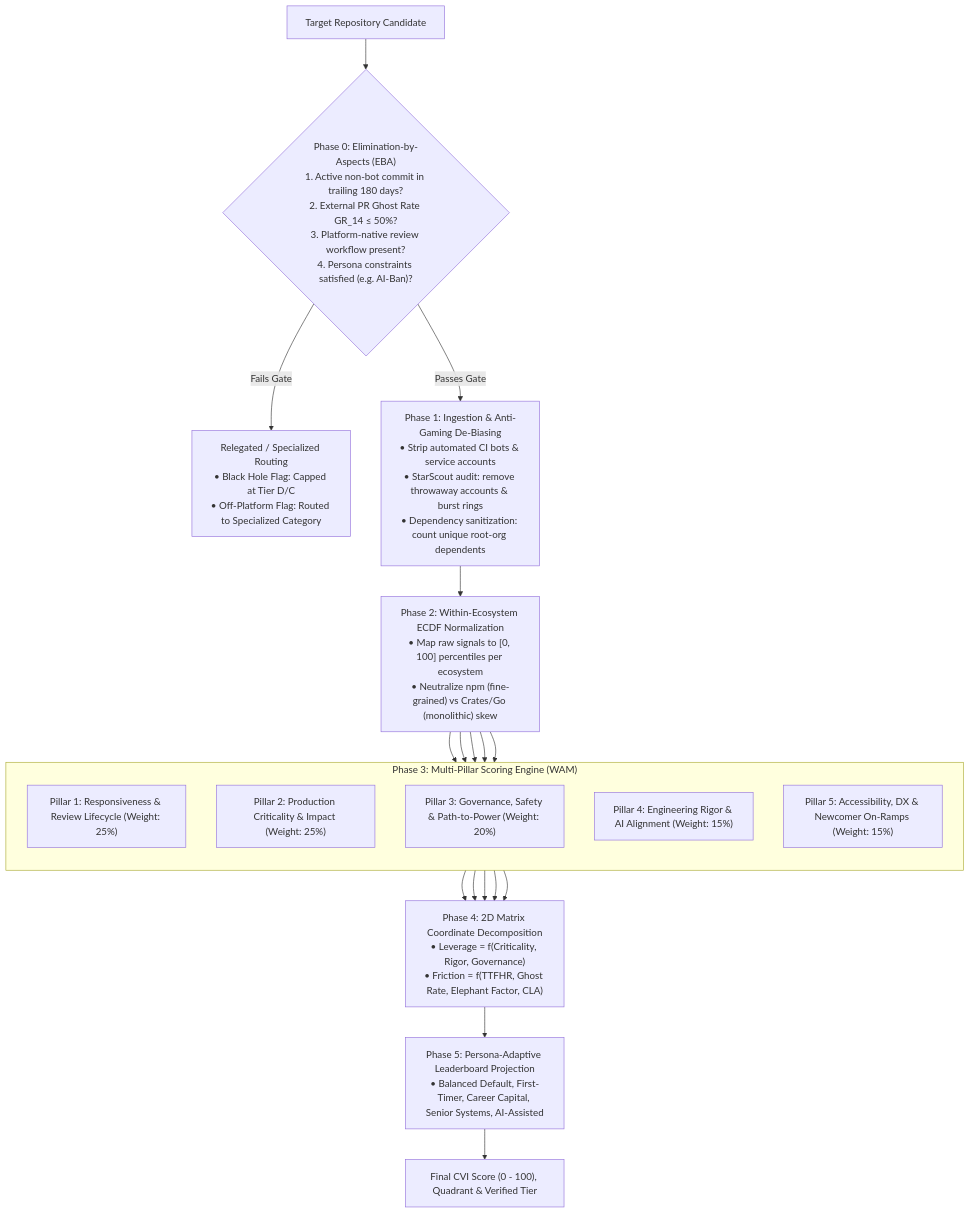
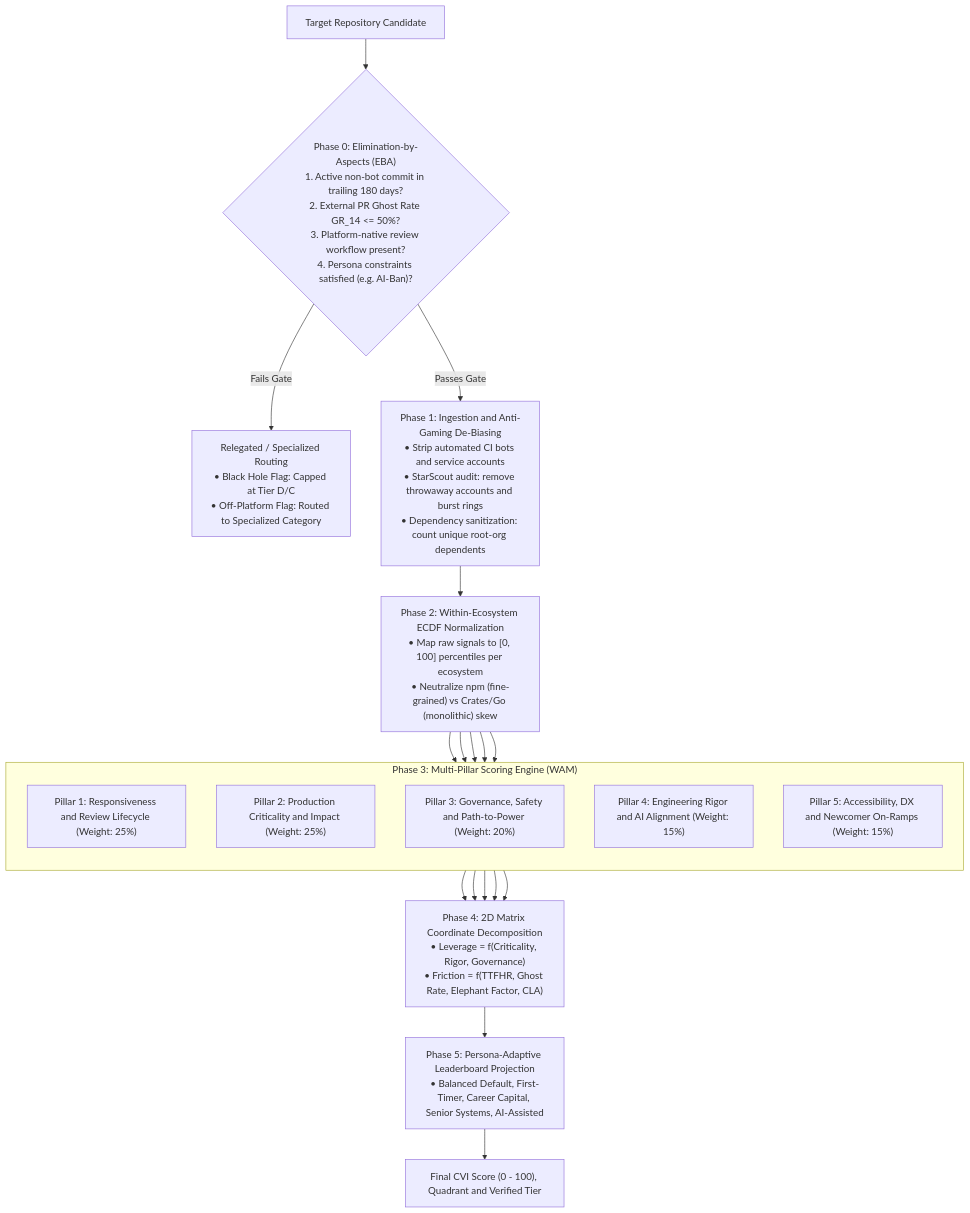
The second of 2 diagrams in README.md (pctablet505/porchlamp-engine), drawn with Mermaid before and after one commit. The commit also changed other lines of this file and 3 other files, not shown here.

Commit message:
docs: resolve all GFM, KaTeX, and Mermaid rendering issues across architecture and UI specs

````diff
--- a/README.md
+++ b/README.md
@@ -67,35 +74,35 @@
 ```mermaid
 flowchart TB
-    Input["Target Repository Candidate"] --> Phase0{"Phase 0: Elimination-by-Aspects (EBA)<br/>1. Active non-bot commit in trailing 180 days?<br/>2. External PR Ghost Rate GR_14 &le; 50%?<br/>3. Platform-native review workflow present?<br/>4. Persona constraints satisfied (e.g. AI-Ban)?"}
+    Input["Target Repository Candidate"] --> Phase0{"Phase 0: Elimination-by-Aspects (EBA)<br/>1. Active non-bot commit in trailing 180 days?<br/>2. External PR Ghost Rate GR_14 <= 50%?<br/>3. Platform-native review workflow present?<br/>4. Persona constraints satisfied (e.g. AI-Ban)?"}
     
-    Phase0 -- "Fails Gate" --> Relegated["Relegated / Specialized Routing<br/>&bull; Black Hole Flag: Capped at Tier D/C<br/>&bull; Off-Platform Flag: Routed to Specialized Category"]
+    Phase0 -- "Fails Gate" --> Relegated["Relegated / Specialized Routing<br/>• Black Hole Flag: Capped at Tier D/C<br/>• Off-Platform Flag: Routed to Specialized Category"]
     
-    Phase0 -- "Passes Gate" --> Phase1["Phase 1: Ingestion & Anti-Gaming De-Biasing<br/>&bull; Strip automated CI bots & service accounts<br/>&bull; StarScout audit: remove throwaway accounts & burst rings<br/>&bull; Dependency sanitization: count unique root-org dependents"]
+    Phase0 -- "Passes Gate" --> Phase1["Phase 1: Ingestion and Anti-Gaming De-Biasing<br/>• Strip automated CI bots and service accounts<br/>• StarScout audit: remove throwaway accounts and burst rings<br/>• Dependency sanitization: count unique root-org dependents"]
 
-    Phase1 --> Phase2["Phase 2: Within-Ecosystem ECDF Normalization<br/>&bull; Map raw signals to [0, 100] percentiles per ecosystem<br/>&bull; Neutralize npm (fine-grained) vs Crates/Go (monolithic) skew"]
+    Phase1 --> Phase2["Phase 2: Within-Ecosystem ECDF Normalization<br/>• Map raw signals to [0, 100] percentiles per ecosystem<br/>• Neutralize npm (fine-grained) vs Crates/Go (monolithic) skew"]
 
     Phase2 --> P1
     Phase2 --> P2
     Phase2 --> P3
     Phase2 --> P4
     Phase2 --> P5
 
     subgraph Phase3 ["Phase 3: Multi-Pillar Scoring Engine (WAM)"]
         direction TB
-        P1["Pillar 1: Responsiveness & Review Lifecycle (Weight: 25%)"]
-        P2["Pillar 2: Production Criticality & Impact (Weight: 25%)"]
-        P3["Pillar 3: Governance, Safety & Path-to-Power (Weight: 20%)"]
-        P4["Pillar 4: Engineering Rigor & AI Alignment (Weight: 15%)"]
-        P5["Pillar 5: Accessibility, DX & Newcomer On-Ramps (Weight: 15%)"]
+        P1["Pillar 1: Responsiveness and Review Lifecycle (Weight: 25%)"]
+        P2["Pillar 2: Production Criticality and Impact (Weight: 25%)"]
+        P3["Pillar 3: Governance, Safety and Path-to-Power (Weight: 20%)"]
+        P4["Pillar 4: Engineering Rigor and AI Alignment (Weight: 15%)"]
+        P5["Pillar 5: Accessibility, DX and Newcomer On-Ramps (Weight: 15%)"]
     end
 
-    P1 --> Phase4["Phase 4: 2D Matrix Coordinate Decomposition<br/>&bull; Leverage = f(Criticality, Rigor, Governance)<br/>&bull; Friction = f(TTFHR, Ghost Rate, Elephant Factor, CLA)"]
+    P1 --> Phase4["Phase 4: 2D Matrix Coordinate Decomposition<br/>• Leverage = f(Criticality, Rigor, Governance)<br/>• Friction = f(TTFHR, Ghost Rate, Elephant Factor, CLA)"]
     P2 --> Phase4
     P3 --> Phase4
     P4 --> Phase4
     P5 --> Phase4
 
-    Phase4 --> Phase5["Phase 5: Persona-Adaptive Leaderboard Projection<br/>&bull; Balanced Default, First-Timer, Career Capital, Senior Systems, AI-Assisted"]
+    Phase4 --> Phase5["Phase 5: Persona-Adaptive Leaderboard Projection<br/>• Balanced Default, First-Timer, Career Capital, Senior Systems, AI-Assisted"]
 
-    Phase5 --> Output["Final CVI Score (0 - 100), Quadrant & Verified Tier"]
+    Phase5 --> Output["Final CVI Score (0 - 100), Quadrant and Verified Tier"]
 ```
````
